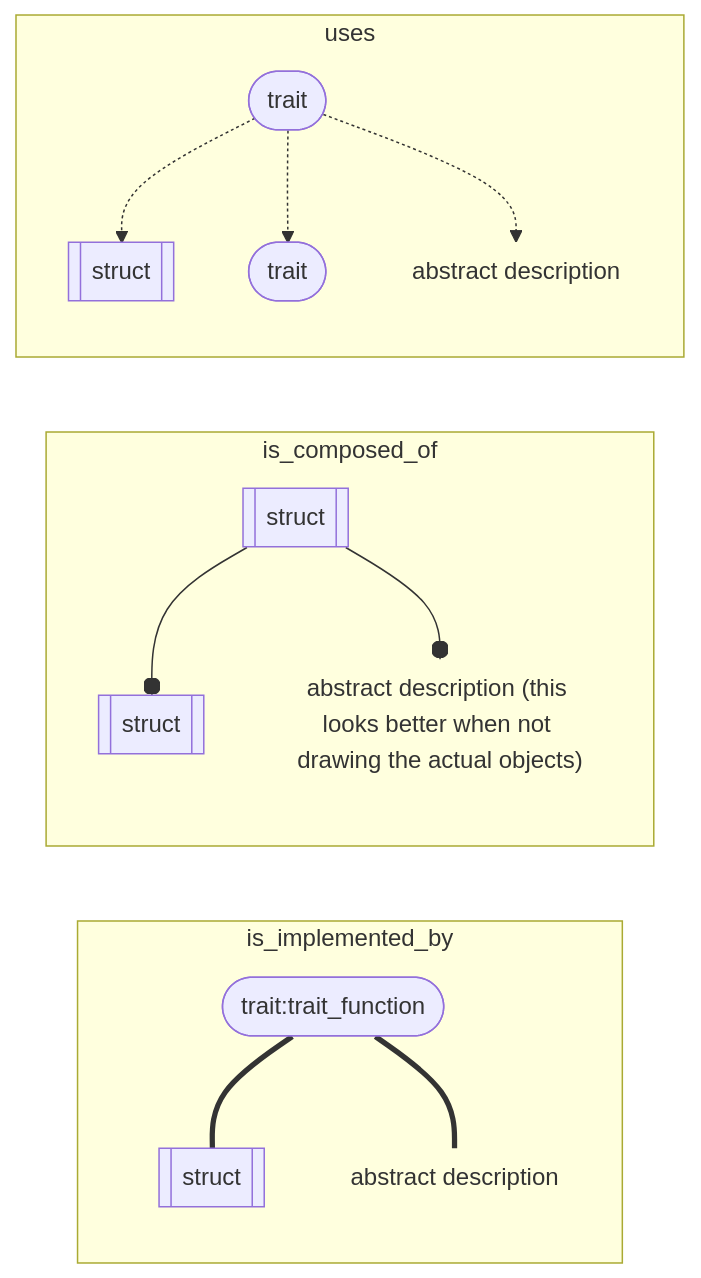
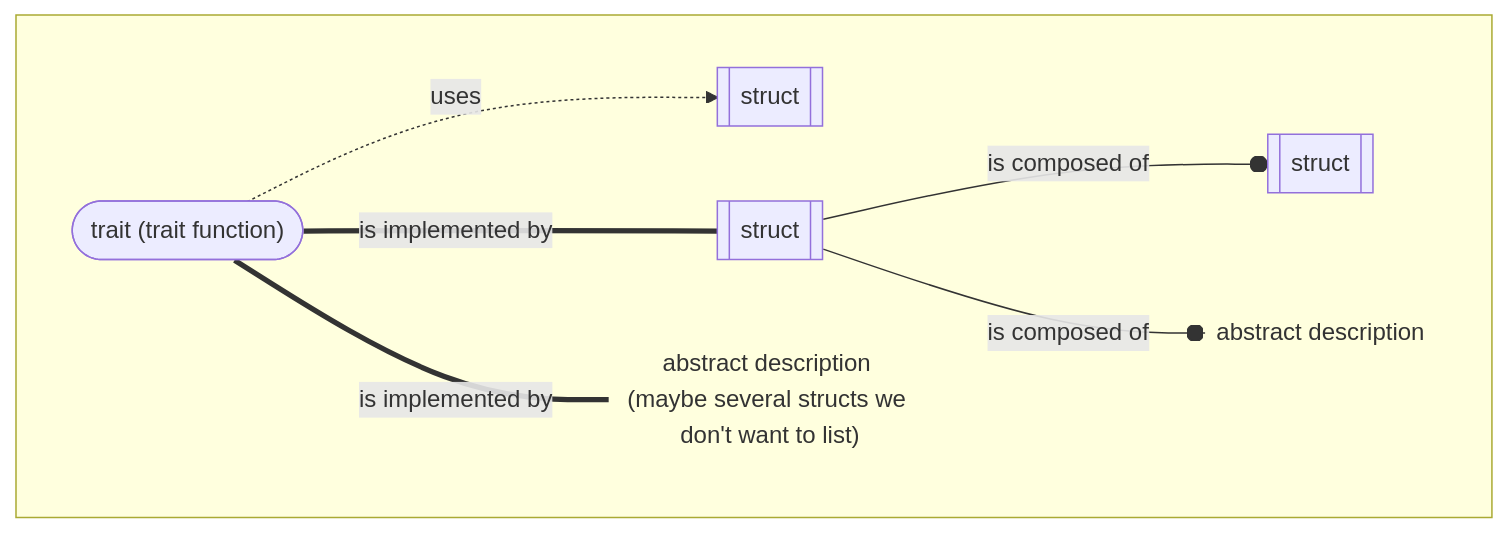
One commit to inesvar/skills-github-pages changed the first of 3 diagrams in _drafts/2025-09-11-embedded-graphics-mermaid-flowgraph/template.md. Above: the diagram before and after it, drawn with Mermaid. The commit also changed 5 other files, not shown here.

````diff
--- a/_drafts/2025-09-11-embedded-graphics-mermaid-flowgraph/template.md
+++ b/_drafts/2025-09-11-embedded-graphics-mermaid-flowgraph/template.md
@@ -10,27 +10,18 @@
 ```mermaid
-graph LR
+graph TD;
     S1[[struct]]
     S2[[struct]]
     S3[[struct]]
-    S4[[struct]]
 
-    T1([trait:trait_function])
-    T2([trait])
-    T3([trait])
+    T1(["trait (trait function)"])
 
-    I1@{ shape: text, label: "abstract description" }
-    I2@{ shape: text, label: "abstract description (this looks better when not drawing the actual objects)" }
+    I1@{ shape: text, label: "abstract description (maybe several structs we don't want to list)" }
     I3@{ shape: text, label: "abstract description" }
 
-    subgraph is_implemented_by
-        T1 === S1 & I1
-    end
-
-    subgraph is_composed_of
-        S3 --o S4 & I2
-    end
-
-    subgraph uses
-        T2 -.-> S2 & T3 & I3
+    subgraph Legend[ ]
+        T1 -.->|uses| S1
+        T1 ===|is implemented by| S2
+        T1 ===|is implemented by| I1
+        S2 --o|is composed of| S3 & I3
     end
 ```
````
